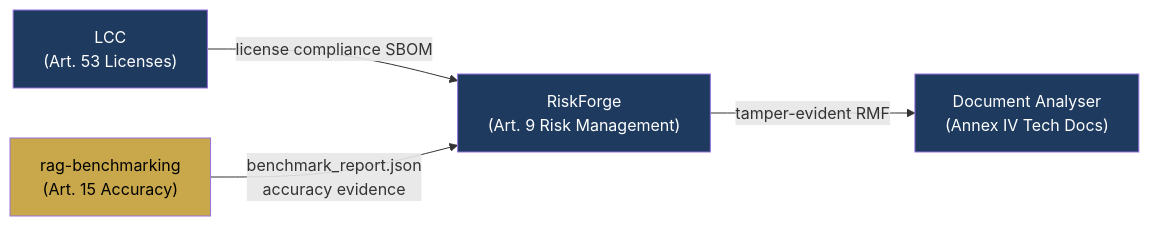
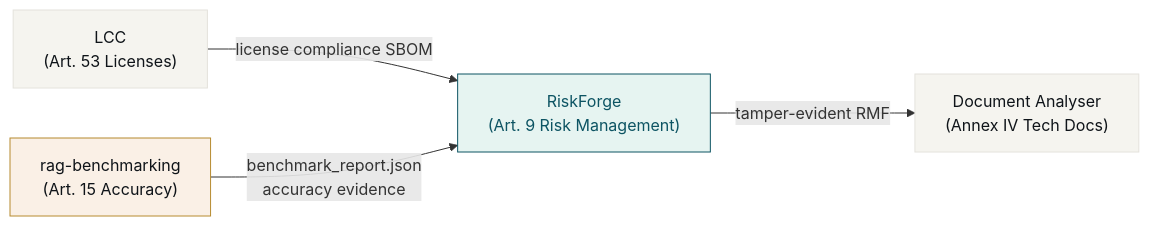
Before and after one commit to aiexponent/rag-benchmarking: the third of 3 diagrams in README.md, drawn with Mermaid. The commit also changed other lines of this file and 2 other files, not shown here.

````diff
--- a/README.md
+++ b/README.md
@@ -233,16 +420,16 @@
 ```mermaid
 graph LR
     LCC["LCC\n(Art. 53 Licenses)"]
     RAG["rag-benchmarking\n(Art. 15 Accuracy)"]
     RF["RiskForge\n(Art. 9 Risk Management)"]
     DOC["Document Analyser\n(Annex IV Tech Docs)"]
 
     LCC -->|"license compliance SBOM"| RF
     RAG -->|"benchmark_report.json\naccuracy evidence"| RF
     RF -->|"tamper-evident RMF"| DOC
 
-    style RAG fill:#c9a84c,color:#000
-    style LCC fill:#1e3a5f,color:#fff
-    style RF fill:#1e3a5f,color:#fff
-    style DOC fill:#1e3a5f,color:#fff
+    style RAG fill:#FAF0E6,stroke:#B68A2E,color:#0F1419
+    style LCC fill:#F5F4EF,stroke:#E4E2DC,color:#0F1419
+    style RF fill:#E6F4F1,stroke:#0D5463,color:#0D5463
+    style DOC fill:#F5F4EF,stroke:#E4E2DC,color:#0F1419
 ```
````
